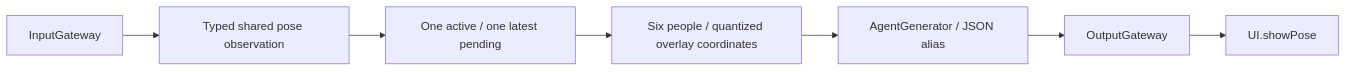
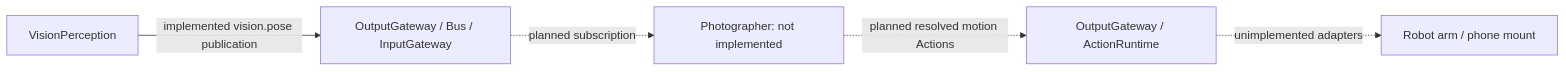
Before and after one commit to devilyouwei/MobileHarness: the diagram in MobileHarness/Agents/Photographer/README.md, drawn with Mermaid. The commit also changed other lines of this file and 63 other files, not shown here.

````diff
--- a/MobileHarness/Agents/Photographer/README.md
+++ b/MobileHarness/Agents/Photographer/README.md
@@ -7,8 +15,7 @@
 ```mermaid
 flowchart LR
-    InputGateway --> Pose[Typed shared pose observation]
-    Pose --> Inbox[One active / one latest pending]
-    Inbox --> Display[Six people / quantized overlay coordinates]
-    Display --> Generator[AgentGenerator / JSON alias]
-    Generator --> OutputGateway --> Action[UI.showPose]
+    Vision[VisionPerception] -->|implemented vision.pose publication| OG[OutputGateway / Bus / InputGateway]
+    OG -.->|planned subscription| Photographer[Photographer: not implemented]
+    Photographer -.->|planned resolved motion Actions| Output[OutputGateway / ActionRuntime]
+    Output -.->|unimplemented adapters| Device[Robot arm / phone mount]
 ```
````
